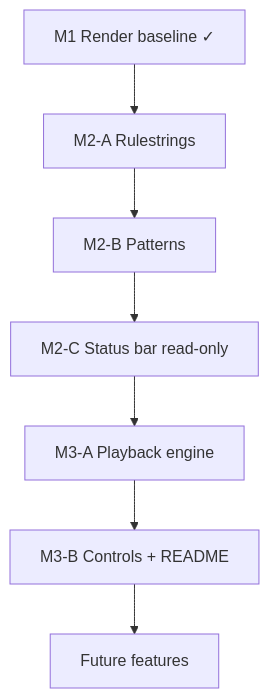
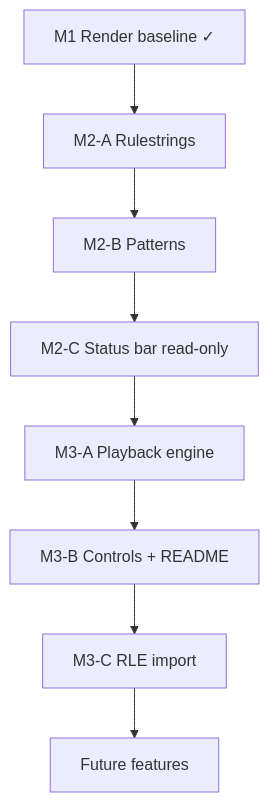
One commit to ridespirals/love-life changed the diagram in PLAN.md. Above: the diagram before and after it, drawn with Mermaid. The commit also changed other lines of this file and 11 other files, not shown here.

````diff
--- a/PLAN.md
+++ b/PLAN.md
@@ -25,12 +25,13 @@
 ```mermaid
 flowchart TD
   M1[M1 Render baseline ✓]
   M2A[M2-A Rulestrings]
   M2B[M2-B Patterns]
   M2C[M2-C Status bar read-only]
   M3A[M3-A Playback engine]
   M3B[M3-B Controls + README]
+  M3C[M3-C RLE import]
   FUT[Future features]
 
-  M1 --> M2A --> M2B --> M2C --> M3A --> M3B --> FUT
+  M1 --> M2A --> M2B --> M2C --> M3A --> M3B --> M3C --> FUT
 ```
````
